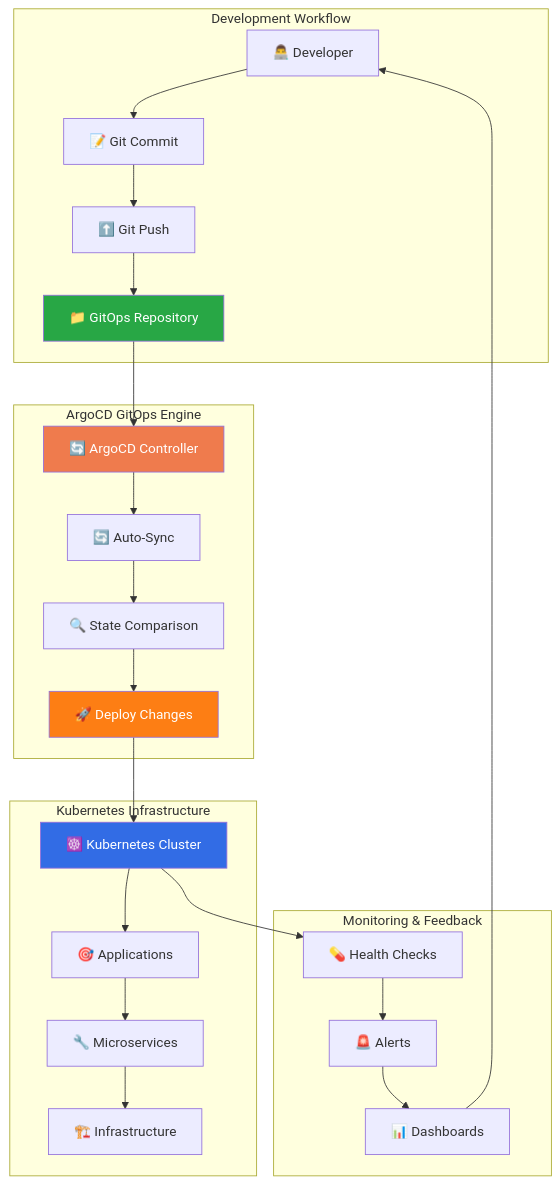
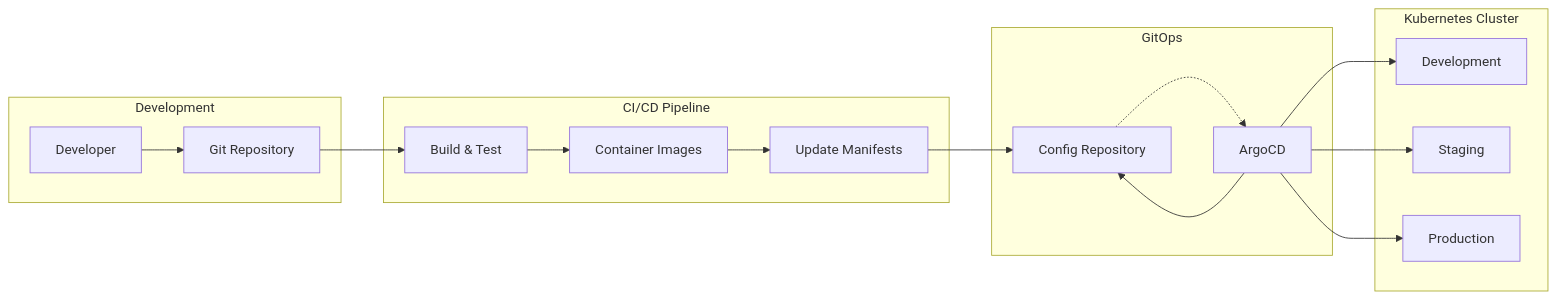
One commit to ZakariaRek/gitops-repo_ArgoCD changed the second of 5 diagrams in README.md. Above: the diagram before and after it, drawn with Mermaid. The commit also changed other lines of this file, not shown here.

````diff
--- a/README.md
+++ b/README.md
@@ -50,34 +160,37 @@
 ```mermaid
-graph TB
-    subgraph "Development Workflow"
-        DEV[👨‍💻 Developer] --> COMMIT[📝 Git Commit]
-        COMMIT --> PUSH[⬆️ Git Push]
-        PUSH --> REPO[📁 GitOps Repository]
+graph LR
+    subgraph "Development"
+        DEV[Developer]
+        GIT[Git Repository]
     end
     
-    subgraph "ArgoCD GitOps Engine"
-        REPO --> ARGOCD[🔄 ArgoCD Controller]
-        ARGOCD --> SYNC[🔄 Auto-Sync]
-        SYNC --> COMPARE[🔍 State Comparison]
-        COMPARE --> DEPLOY[🚀 Deploy Changes]
+    subgraph "CI/CD Pipeline"
+        BUILD[Build & Test]
+        IMAGE[Container Images]
+        MANIFEST[Update Manifests]
     end
     
-    subgraph "Kubernetes Infrastructure"
-        DEPLOY --> K8S[☸️ Kubernetes Cluster]
-        K8S --> APPS[🎯 Applications]
-        APPS --> SERVICES[🔧 Microservices]
-        SERVICES --> INFRA[🏗️ Infrastructure]
+    subgraph "GitOps"
+        ARGOCD[ArgoCD]
+        REPO[Config Repository]
     end
     
-    subgraph "Monitoring & Feedback"
-        K8S --> HEALTH[💊 Health Checks]
-        HEALTH --> ALERTS[🚨 Alerts]
-        ALERTS --> DASHBOARDS[📊 Dashboards]
-        DASHBOARDS --> DEV
+    subgraph "Kubernetes Cluster"
+        DEV_NS[Development]
+        STAGING_NS[Staging]
+        PROD_NS[Production]
     end
-
-    style ARGOCD fill:#ef7b4d,color:#fff
-    style K8S fill:#326ce5,color:#fff
-    style REPO fill:#28a745,color:#fff
-    style DEPLOY fill:#fd7e14,color:#fff
+    
+    DEV --> GIT
+    GIT --> BUILD
+    BUILD --> IMAGE
+    IMAGE --> MANIFEST
+    MANIFEST --> REPO
+    
+    ARGOCD --> REPO
+    ARGOCD --> DEV_NS
+    ARGOCD --> STAGING_NS
+    ARGOCD --> PROD_NS
+    
+    REPO -.-> ARGOCD
 ```
````
